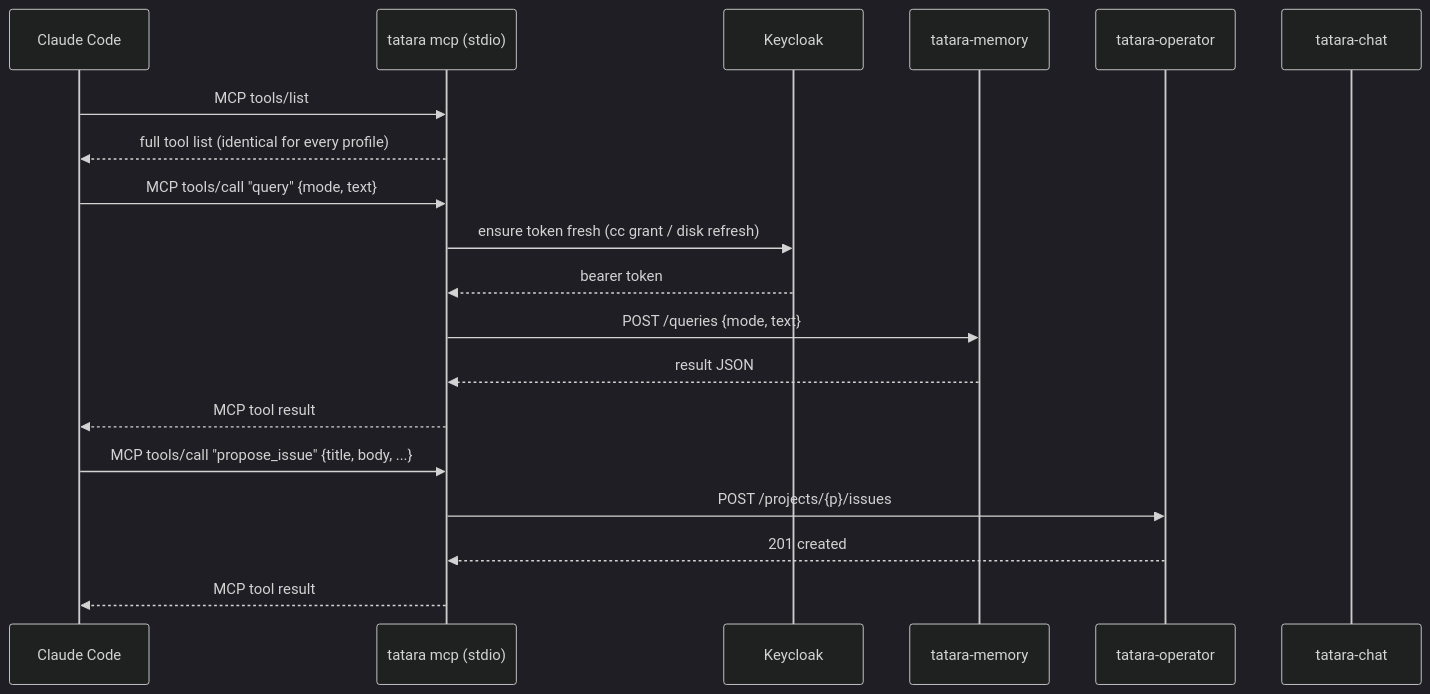
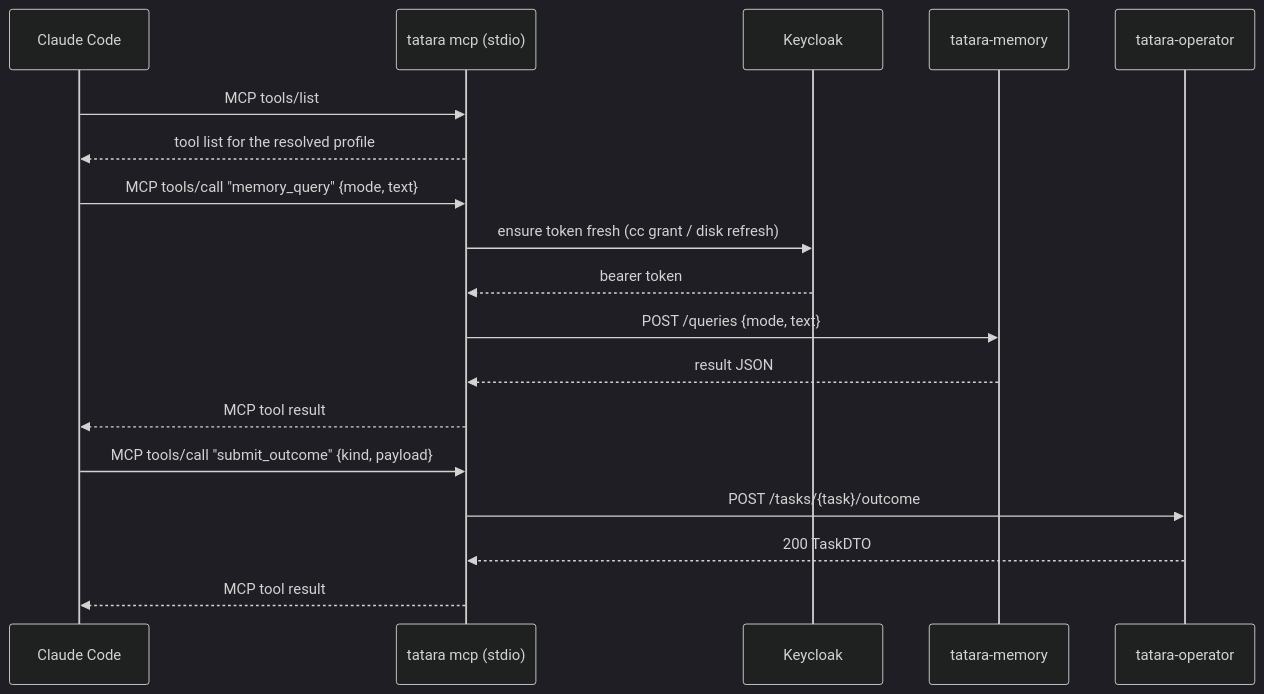
Before and after one commit to szymonrychu/tatara-documentation: the diagram in docs/components/cli.md, drawn with Mermaid (dark theme). The commit also changed other lines of this file and 63 other files, not shown here.

First line of the commit message:
feat!: document the task-centric architecture (Issue/MergeRequest CRs, stage machine, operator merge) (#19)

````diff
--- a/docs/components/cli.md
+++ b/docs/components/cli.md
@@ -78,24 +80,23 @@
 ```mermaid
 sequenceDiagram
     participant CC as Claude Code
     participant CLI as tatara mcp (stdio)
     participant KK as Keycloak
     participant MEM as tatara-memory
     participant OP as tatara-operator
-    participant CH as tatara-chat
 
     CC->>CLI: MCP tools/list
-    CLI-->>CC: full tool list (identical for every profile)
+    CLI-->>CC: tool list for the resolved profile
 
-    CC->>CLI: MCP tools/call "query" {mode, text}
+    CC->>CLI: MCP tools/call "memory_query" {mode, text}
     CLI->>KK: ensure token fresh (cc grant / disk refresh)
     KK-->>CLI: bearer token
     CLI->>MEM: POST /queries {mode, text}
     MEM-->>CLI: result JSON
     CLI-->>CC: MCP tool result
 
-    CC->>CLI: MCP tools/call "propose_issue" {title, body, ...}
-    CLI->>OP: POST /projects/{p}/issues
-    OP-->>CLI: 201 created
+    CC->>CLI: MCP tools/call "submit_outcome" {kind, payload}
+    CLI->>OP: POST /tasks/{task}/outcome
+    OP-->>CLI: 200 TaskDTO
     CLI-->>CC: MCP tool result
 ```
````
